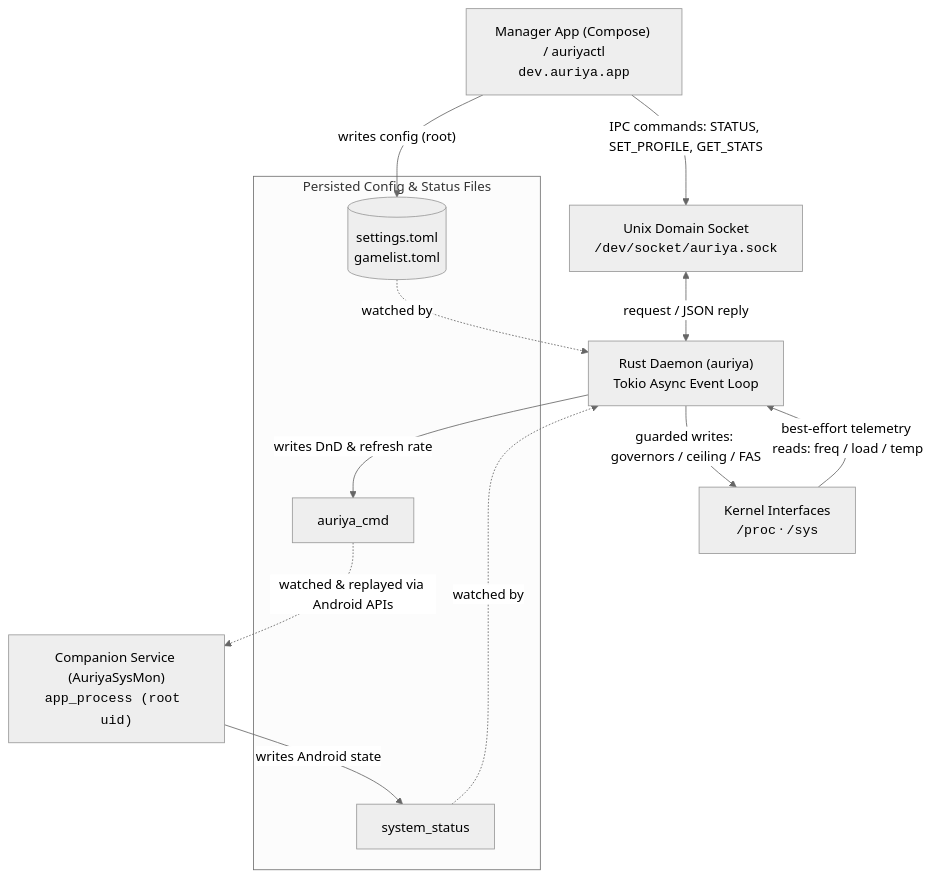
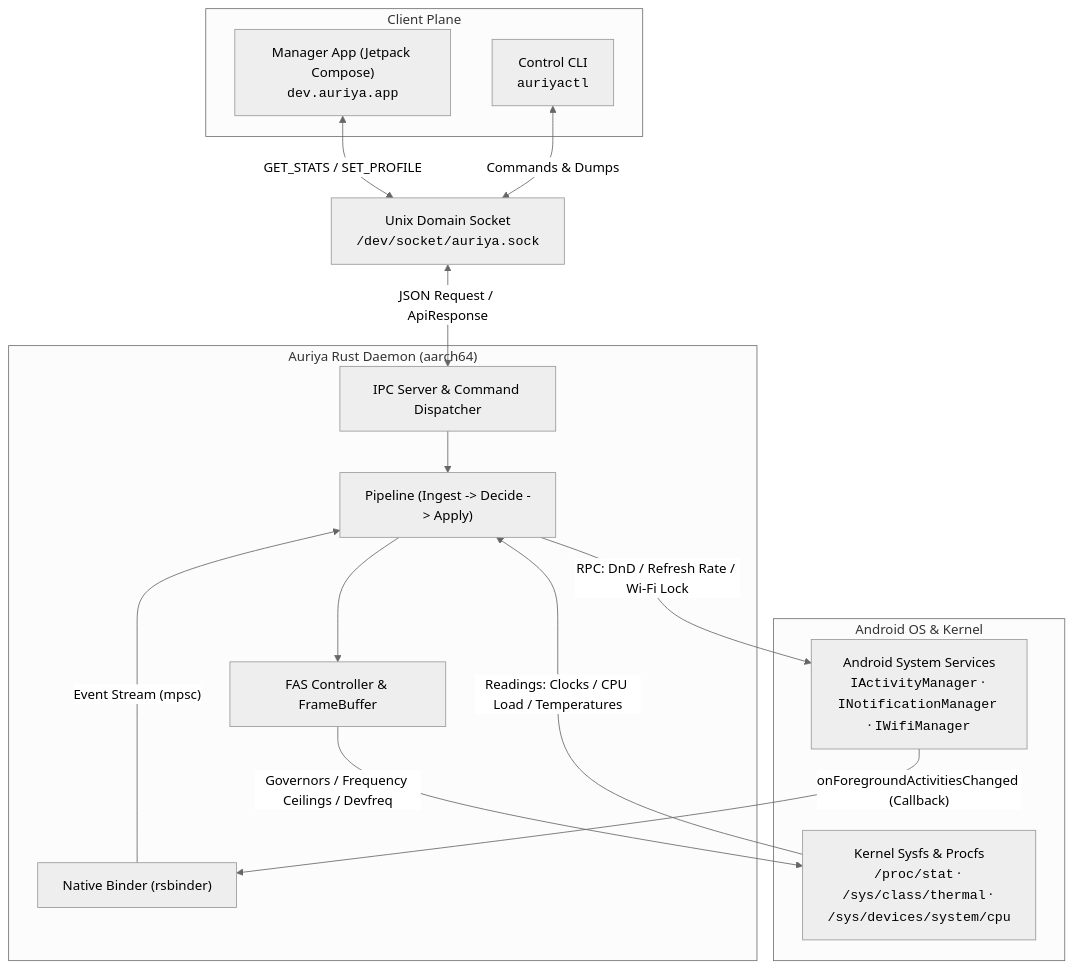
The first of 2 diagrams in src/content/docs/architecture/data-flow.md (pavelc4/auriya-wiki), drawn with Mermaid (neutral theme) before and after one commit. The commit also changed other lines of this file and 42 other files, not shown here.

Commit message:
docs: overhaul architecture documentation for v2.2.0 Native Binder IPC

````diff
--- a/src/content/docs/architecture/data-flow.md
+++ b/src/content/docs/architecture/data-flow.md
@@ -15,27 +8,34 @@
 ```mermaid
 flowchart TD
-    app["Manager App (Compose) / auriyactl<br/><code>dev.auriya.app</code>"]
-    sock["Unix Domain Socket<br/><code>/dev/socket/auriya.sock</code>"]
-    daemon["Rust Daemon (auriya)<br/>Tokio Async Event Loop"]
-    comp["Companion Service (AuriyaSysMon)<br/><code>app_process (root uid)</code>"]
-    kernel["Kernel Interfaces<br/><code>/proc</code> · <code>/sys</code>"]
-
-    subgraph config_files ["Persisted Config & Status Files"]
-        cfg[("settings.toml<br/>gamelist.toml")]
-        status["system_status"]
-        cmd["auriya_cmd"]
+    subgraph Client ["Client Plane"]
+        app["Manager App (Jetpack Compose)<br/><code>dev.auriya.app</code>"]
+        ctl["Control CLI<br/><code>auriyactl</code>"]
     end
 
-    app -->|"writes config (root)"| cfg
-    cfg -.->|"watched by"| daemon
-    app -->|"IPC commands: STATUS, SET_PROFILE, GET_STATS"| sock
-    sock <-->|"request / JSON reply"| daemon
+    sock["Unix Domain Socket<br/><code>/dev/socket/auriya.sock</code>"]
 
-    comp -->|"writes Android state"| status
-    status -.->|"watched by"| daemon
-    daemon -->|"writes DnD & refresh rate"| cmd
-    cmd -.->|"watched & replayed via Android APIs"| comp
+    subgraph Daemon ["Auriya Rust Daemon (aarch64)"]
+        ipc["IPC Server & Command Dispatcher"]
+        pipeline["Pipeline (Ingest -> Decide -> Apply)"]
+        fas["FAS Controller & FrameBuffer"]
+        binder["Native Binder (rsbinder)"]
+    end
 
-    daemon -->|"guarded writes: governors / ceiling / FAS"| kernel
-    kernel -->|"best-effort telemetry reads: freq / load / temp"| daemon
+    subgraph AndroidOS ["Android OS & Kernel"]
+        fw["Android System Services<br/><code>IActivityManager</code> · <code>INotificationManager</code> · <code>IWifiManager</code>"]
+        kernel["Kernel Sysfs & Procfs<br/><code>/proc/stat</code> · <code>/sys/class/thermal</code> · <code>/sys/devices/system/cpu</code>"]
+    end
+
+    app <-->|"GET_STATS / SET_PROFILE"| sock
+    ctl <-->|"Commands & Dumps"| sock
+    sock <-->|"JSON Request / ApiResponse<T>"| ipc
+    ipc --> pipeline
+
+    fw -->|"onForegroundActivitiesChanged (Callback)"| binder
+    binder -->|"Event Stream (mpsc)"| pipeline
+    pipeline -->|"RPC: DnD / Refresh Rate / Wi-Fi Lock"| fw
+
+    pipeline --> fas
+    fas -->|"Governors / Frequency Ceilings / Devfreq"| kernel
+    kernel -->|"Readings: Clocks / CPU Load / Temperatures"| pipeline
 ```
````
